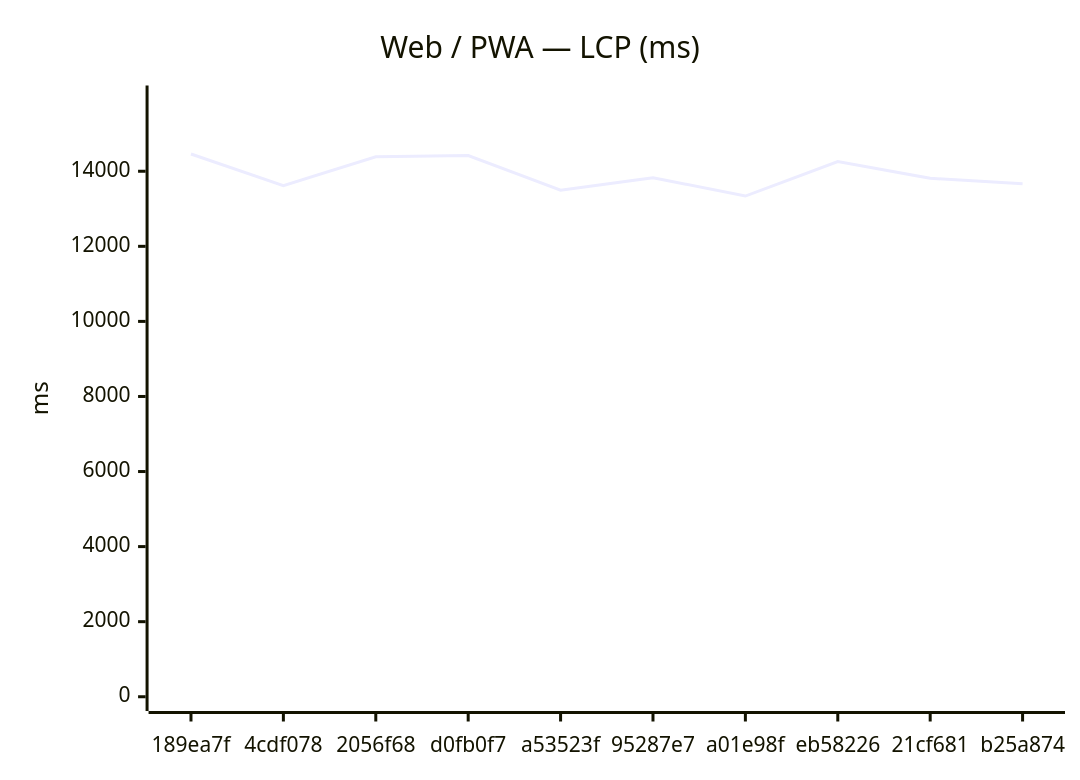
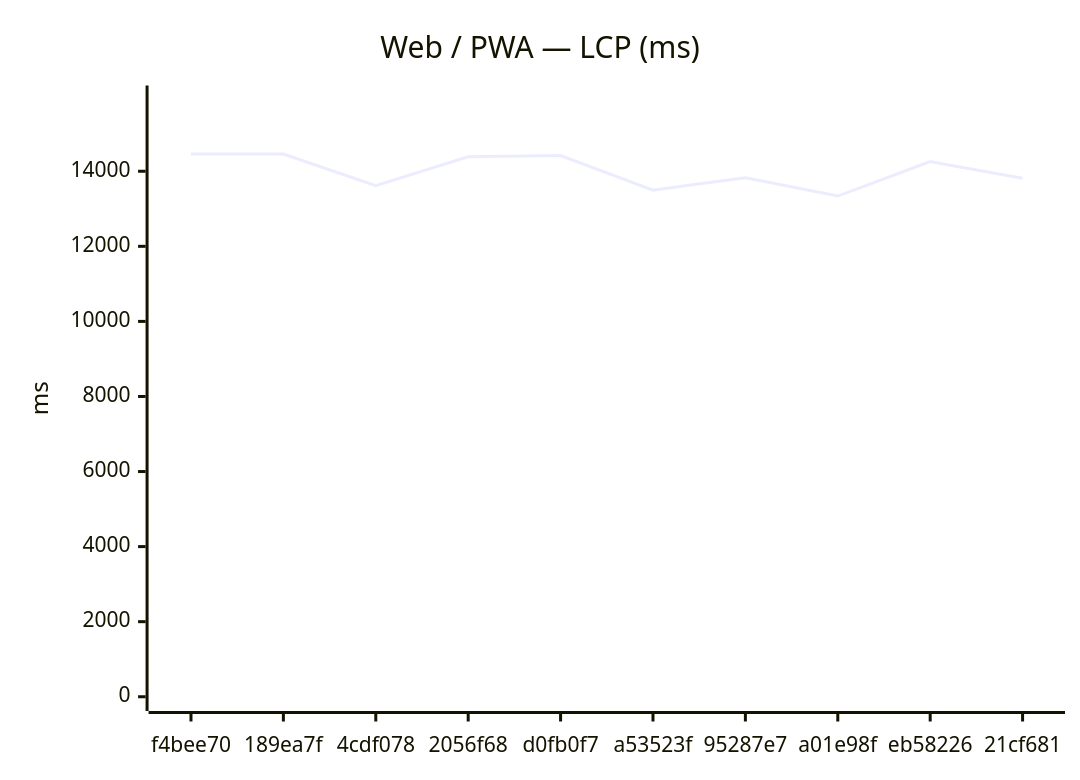
Before and after one commit to Metaheurist/Rianell: the first of 18 diagrams in benchmarks/compare.md, drawn with Mermaid. The commit also changed other lines of this file and 11 other files, not shown here.

````diff
--- a/benchmarks/compare.md
+++ b/benchmarks/compare.md
@@ -24,7 +24,7 @@
 ```mermaid
 xychart-beta
     title "Web / PWA — LCP (ms)"
-    x-axis ["189ea7f", "4cdf078", "2056f68", "d0fb0f7", "a53523f", "95287e7", "a01e98f", "eb58226", "21cf681", "b25a874"]
+    x-axis ["f4bee70", "189ea7f", "4cdf078", "2056f68", "d0fb0f7", "a53523f", "95287e7", "a01e98f", "eb58226", "21cf681"]
     y-axis "ms" 0 --> 15905
-    line [14459, 13617, 14386, 14419, 13497, 13828, 13339, 14256, 13811, 13665]
+    line [14457, 14459, 13617, 14386, 14419, 13497, 13828, 13339, 14256, 13811]
 ```
````
